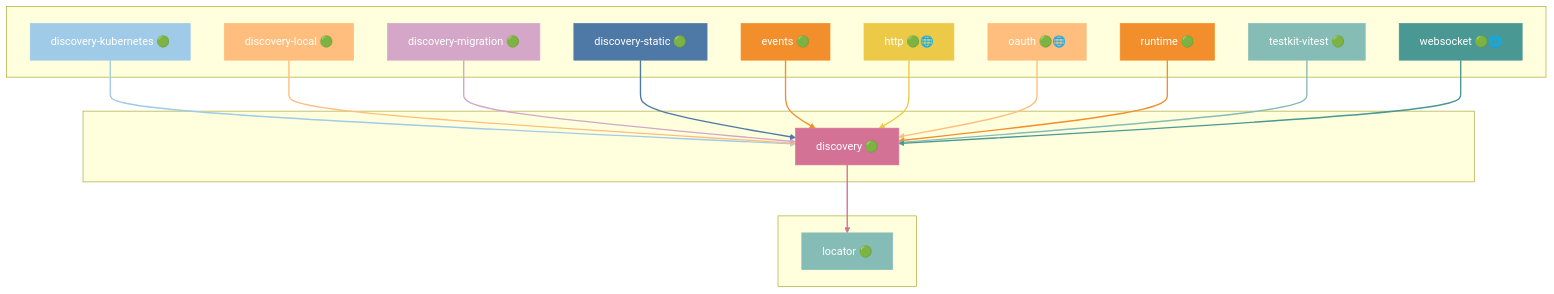
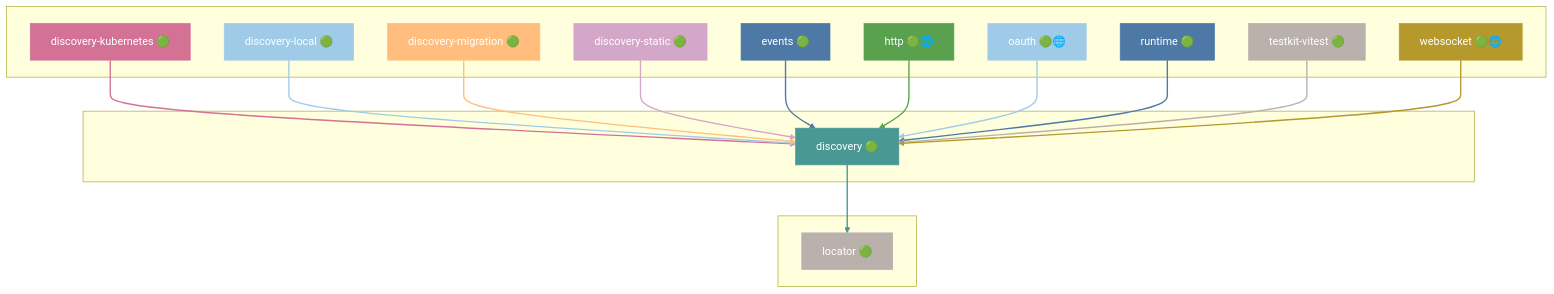
Diagram 15 of 50 in docs/DEPENDENCIES.md (grest-ts/grest-ts), drawn with Mermaid before and after one commit. The commit also changed other lines of this file and 57 other files, not shown here.

````diff
--- a/docs/DEPENDENCIES.md
+++ b/docs/DEPENDENCIES.md
@@ -1015,55 +985,55 @@
 ```mermaid
 flowchart TB
     subgraph Dependents[" "]
         discovery-kubernetes["discovery-kubernetes 🟢"]
         discovery-local["discovery-local 🟢"]
         discovery-migration["discovery-migration 🟢"]
         discovery-static["discovery-static 🟢"]
         events["events 🟢"]
         http["http 🟢🌐"]
         oauth["oauth 🟢🌐"]
         runtime["runtime 🟢"]
         testkit-vitest["testkit-vitest 🟢"]
         websocket["websocket 🟢🌐"]
     end
     subgraph Package[" "]
         discovery["discovery 🟢"]
     end
     subgraph Dependencies[" "]
         locator["locator 🟢"]
     end
     discovery-kubernetes --> discovery
     discovery-local --> discovery
     discovery-migration --> discovery
     discovery-static --> discovery
     events --> discovery
     http --> discovery
     oauth --> discovery
     runtime --> discovery
     testkit-vitest --> discovery
     websocket --> discovery
     discovery --> locator
-    style discovery fill:#D37295,stroke:#D37295,color:#fff
-    style discovery-kubernetes fill:#A0CBE8,stroke:#A0CBE8,color:#fff
-    style discovery-local fill:#FFBE7D,stroke:#FFBE7D,color:#fff
-    style discovery-migration fill:#D4A6C8,stroke:#D4A6C8,color:#fff
-    style discovery-static fill:#4E79A7,stroke:#4E79A7,color:#fff
-    style events fill:#F28E2B,stroke:#F28E2B,color:#fff
-    style http fill:#EDC948,stroke:#EDC948,color:#fff
-    style oauth fill:#FFBE7D,stroke:#FFBE7D,color:#fff
-    style runtime fill:#F28E2B,stroke:#F28E2B,color:#fff
-    style testkit-vitest fill:#86BCB6,stroke:#86BCB6,color:#fff
-    style websocket fill:#499894,stroke:#499894,color:#fff
-    style locator fill:#86BCB6,stroke:#86BCB6,color:#fff
-    linkStyle 0 stroke:#A0CBE8,stroke-width:2px
-    linkStyle 1 stroke:#FFBE7D,stroke-width:2px
-    linkStyle 2 stroke:#D4A6C8,stroke-width:2px
-    linkStyle 3 stroke:#4E79A7,stroke-width:2px
-    linkStyle 4 stroke:#F28E2B,stroke-width:2px
-    linkStyle 5 stroke:#EDC948,stroke-width:2px
-    linkStyle 6 stroke:#FFBE7D,stroke-width:2px
-    linkStyle 7 stroke:#F28E2B,stroke-width:2px
-    linkStyle 8 stroke:#86BCB6,stroke-width:2px
-    linkStyle 9 stroke:#499894,stroke-width:2px
-    linkStyle 10 stroke:#D37295,stroke-width:2px
+    style discovery fill:#499894,stroke:#499894,color:#fff
+    style discovery-kubernetes fill:#D37295,stroke:#D37295,color:#fff
+    style discovery-local fill:#A0CBE8,stroke:#A0CBE8,color:#fff
+    style discovery-migration fill:#FFBE7D,stroke:#FFBE7D,color:#fff
+    style discovery-static fill:#D4A6C8,stroke:#D4A6C8,color:#fff
+    style events fill:#4E79A7,stroke:#4E79A7,color:#fff
+    style http fill:#59A14F,stroke:#59A14F,color:#fff
+    style oauth fill:#A0CBE8,stroke:#A0CBE8,color:#fff
+    style runtime fill:#4E79A7,stroke:#4E79A7,color:#fff
+    style testkit-vitest fill:#BAB0AC,stroke:#BAB0AC,color:#fff
+    style websocket fill:#B6992D,stroke:#B6992D,color:#fff
+    style locator fill:#BAB0AC,stroke:#BAB0AC,color:#fff
+    linkStyle 0 stroke:#D37295,stroke-width:2px
+    linkStyle 1 stroke:#A0CBE8,stroke-width:2px
+    linkStyle 2 stroke:#FFBE7D,stroke-width:2px
+    linkStyle 3 stroke:#D4A6C8,stroke-width:2px
+    linkStyle 4 stroke:#4E79A7,stroke-width:2px
+    linkStyle 5 stroke:#59A14F,stroke-width:2px
+    linkStyle 6 stroke:#A0CBE8,stroke-width:2px
+    linkStyle 7 stroke:#4E79A7,stroke-width:2px
+    linkStyle 8 stroke:#BAB0AC,stroke-width:2px
+    linkStyle 9 stroke:#B6992D,stroke-width:2px
+    linkStyle 10 stroke:#499894,stroke-width:2px
 ```
````
